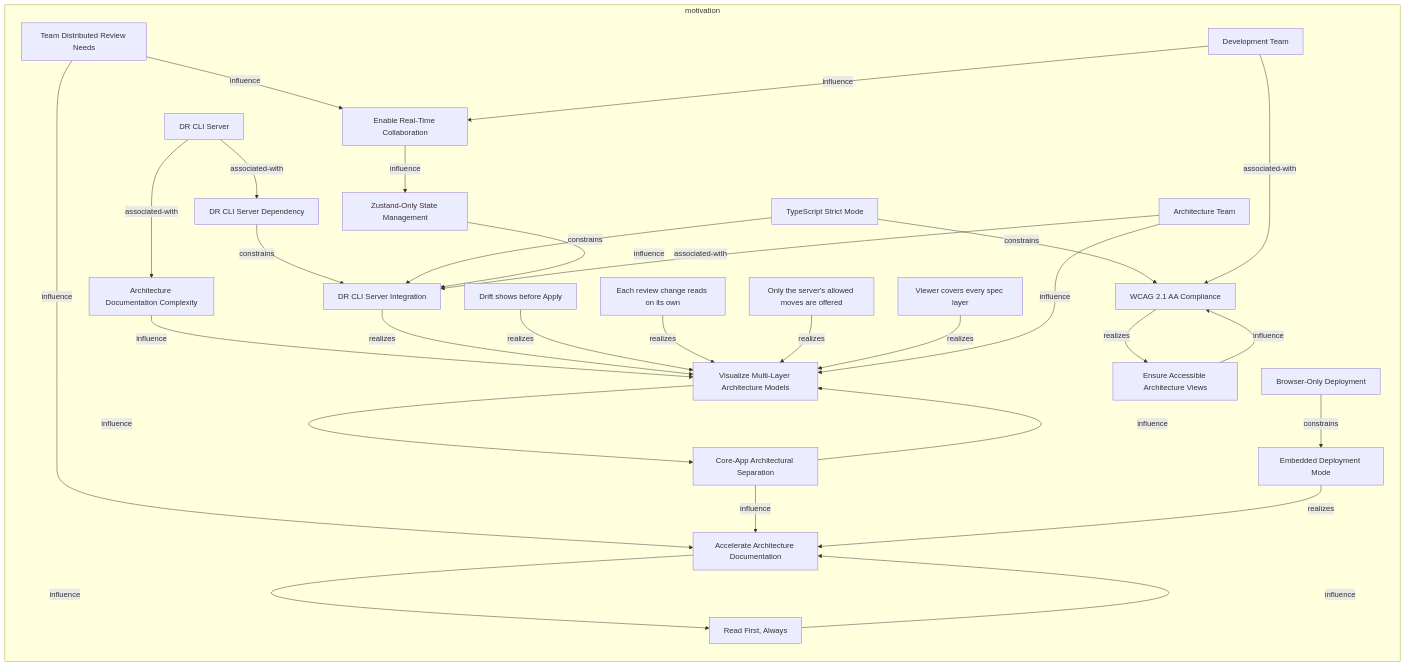
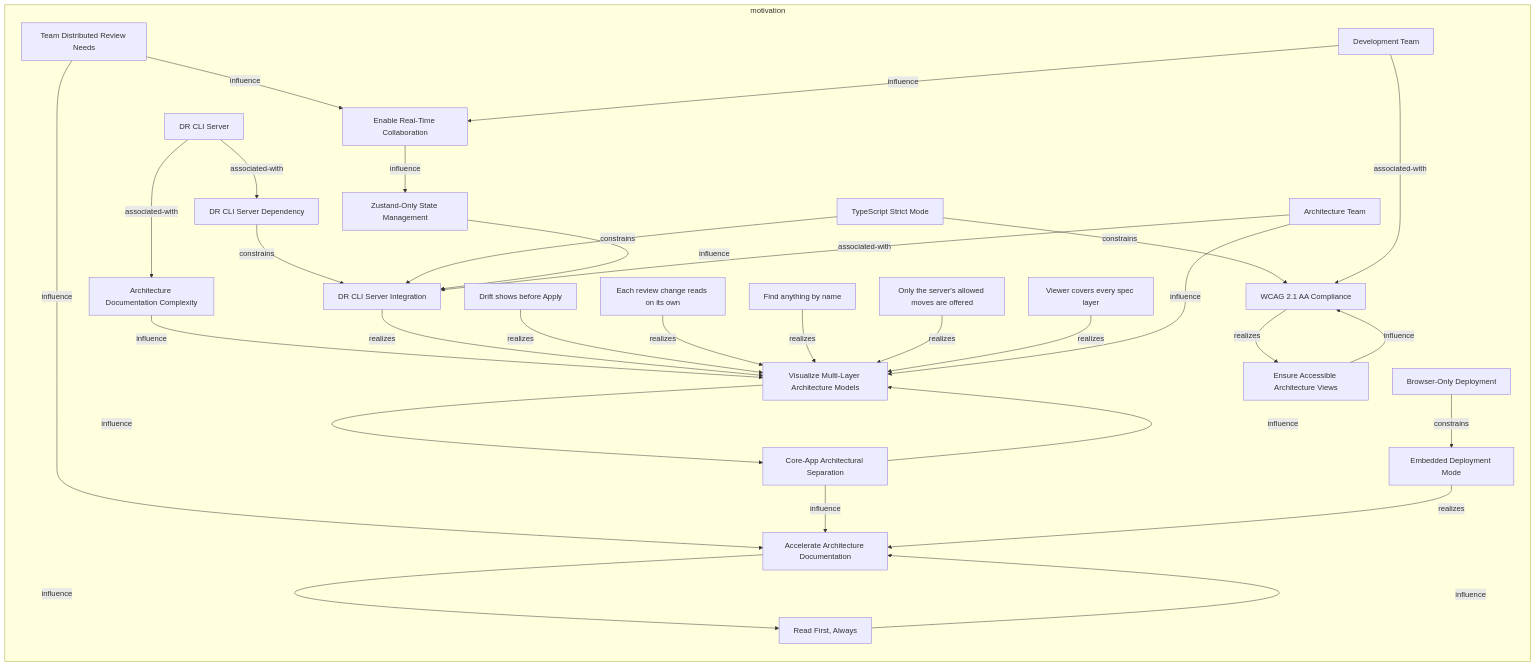
The first of 2 diagrams in documentation-robotics/reports/01-motivation-layer-report.md (tinkermonkey/documentation_robotics_viewer), drawn with Mermaid before and after one commit. The commit also changed other lines of this file and 27 other files, not shown here.

First line of the commit message:
feat(topbar): type-ahead search over elements and Schema node types

````diff
--- a/documentation-robotics/reports/01-motivation-layer-report.md
+++ b/documentation-robotics/reports/01-motivation-layer-report.md
@@ -31,55 +31,57 @@
 ```mermaid
 flowchart LR
   subgraph motivation
     motivation_constraint_browser_only_deployment["Browser-Only Deployment"]
     motivation_constraint_dr_cli_server_dependency["DR CLI Server Dependency"]
     motivation_constraint_type_script_strict_mode["TypeScript Strict Mode"]
     motivation_driver_architecture_documentation_complexity["Architecture Documentation Complexity"]
     motivation_driver_team_distributed_review_needs["Team Distributed Review Needs"]
     motivation_goal_accelerate_architecture_documentation["Accelerate Architecture Documentation"]
     motivation_goal_enable_real_time_collaboration["Enable Real-Time Collaboration"]
     motivation_goal_ensure_accessible_architecture_views["Ensure Accessible Architecture Views"]
     motivation_goal_visualize_multi_layer_architecture_models["Visualize Multi-Layer Architecture Models"]
     motivation_principle_core_app_architectural_separation["Core-App Architectural Separation"]
     motivation_principle_read_first_always["Read First, Always"]
     motivation_principle_zustand_only_state_management["Zustand-Only State Management"]
     motivation_requirement_dr_cli_server_integration["DR CLI Server Integration"]
     motivation_requirement_drift_shows_before_apply["Drift shows before Apply"]
     motivation_requirement_each_review_change_reads_on_its_own["Each review change reads on its own"]
     motivation_requirement_embedded_deployment_mode["Embedded Deployment Mode"]
+    motivation_requirement_find_anything_by_name["Find anything by name"]
     motivation_requirement_only_the_servers_allowed_moves_are_offered["Only the server's allowed moves are offered"]
     motivation_requirement_viewer_covers_every_spec_layer["Viewer covers every spec layer"]
     motivation_requirement_wcag_21_aa_compliance["WCAG 2.1 AA Compliance"]
     motivation_stakeholder_architecture_team["Architecture Team"]
     motivation_stakeholder_development_team["Development Team"]
     motivation_stakeholder_dr_cli_server["DR CLI Server"]
     motivation_constraint_browser_only_deployment -->|constrains| motivation_requirement_embedded_deployment_mode
     motivation_constraint_dr_cli_server_dependency -->|constrains| motivation_requirement_dr_cli_server_integration
     motivation_constraint_type_script_strict_mode -->|constrains| motivation_requirement_dr_cli_server_integration
     motivation_constraint_type_script_strict_mode -->|constrains| motivation_requirement_wcag_21_aa_compliance
     motivation_driver_architecture_documentation_complexity -->|influence| motivation_goal_visualize_multi_layer_architecture_models
     motivation_driver_team_distributed_review_needs -->|influence| motivation_goal_accelerate_architecture_documentation
     motivation_driver_team_distributed_review_needs -->|influence| motivation_goal_enable_real_time_collaboration
     motivation_goal_accelerate_architecture_documentation -->|influence| motivation_principle_read_first_always
     motivation_goal_enable_real_time_collaboration -->|influence| motivation_principle_zustand_only_state_management
     motivation_goal_ensure_accessible_architecture_views -->|influence| motivation_requirement_wcag_21_aa_compliance
     motivation_goal_visualize_multi_layer_architecture_models -->|influence| motivation_principle_core_app_architectural_separation
     motivation_principle_core_app_architectural_separation -->|influence| motivation_goal_accelerate_architecture_documentation
     motivation_principle_core_app_architectural_separation -->|influence| motivation_goal_visualize_multi_layer_architecture_models
     motivation_principle_read_first_always -->|influence| motivation_goal_accelerate_architecture_documentation
     motivation_principle_zustand_only_state_management -->|influence| motivation_requirement_dr_cli_server_integration
     motivation_requirement_dr_cli_server_integration -->|realizes| motivation_goal_visualize_multi_layer_architecture_models
     motivation_requirement_drift_shows_before_apply -->|realizes| motivation_goal_visualize_multi_layer_architecture_models
     motivation_requirement_each_review_change_reads_on_its_own -->|realizes| motivation_goal_visualize_multi_layer_architecture_models
     motivation_requirement_embedded_deployment_mode -->|realizes| motivation_goal_accelerate_architecture_documentation
+    motivation_requirement_find_anything_by_name -->|realizes| motivation_goal_visualize_multi_layer_architecture_models
     motivation_requirement_only_the_servers_allowed_moves_are_offered -->|realizes| motivation_goal_visualize_multi_layer_architecture_models
     motivation_requirement_viewer_covers_every_spec_layer -->|realizes| motivation_goal_visualize_multi_layer_architecture_models
     motivation_requirement_wcag_21_aa_compliance -->|realizes| motivation_goal_ensure_accessible_architecture_views
     motivation_stakeholder_architecture_team -->|associated-with| motivation_requirement_dr_cli_server_integration
     motivation_stakeholder_architecture_team -->|influence| motivation_goal_visualize_multi_layer_architecture_models
     motivation_stakeholder_development_team -->|associated-with| motivation_requirement_wcag_21_aa_compliance
     motivation_stakeholder_development_team -->|influence| motivation_goal_enable_real_time_collaboration
     motivation_stakeholder_dr_cli_server -->|associated-with| motivation_constraint_dr_cli_server_dependency
     motivation_stakeholder_dr_cli_server -->|associated-with| motivation_driver_architecture_documentation_complexity
   end
 ```
````
